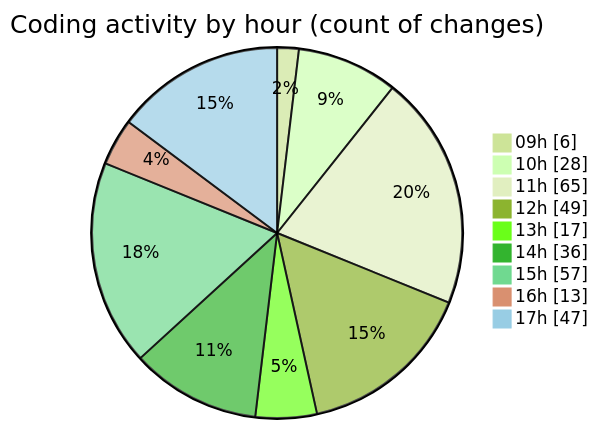
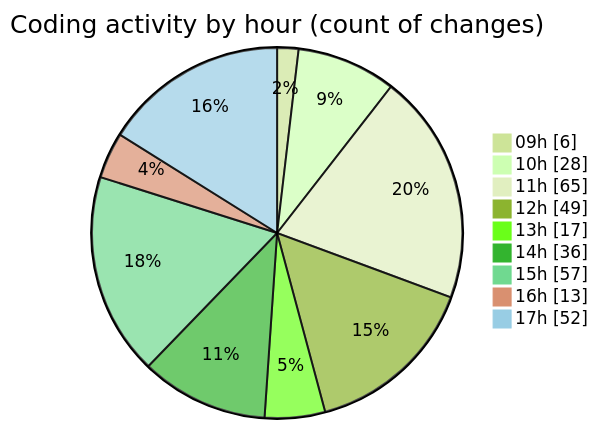
One commit to momahboobian/code-tracking changed the second of 2 diagrams in 2025-03-27/cda/README.md. Above: the diagram before and after it, drawn with Mermaid (forest theme). The commit also changed other lines of this file and 1 other file, not shown here.

````diff
--- a/2025-03-27/cda/README.md
+++ b/2025-03-27/cda/README.md
@@ -39,13 +39,13 @@
 ```mermaid
 pie showData
 title Coding activity by hour (count of changes)
 "09h" : 6
 "10h" : 28
 "11h" : 65
 "12h" : 49
 "13h" : 17
 "14h" : 36
 "15h" : 57
 "16h" : 13
-"17h" : 47
+"17h" : 52
 ```
````
